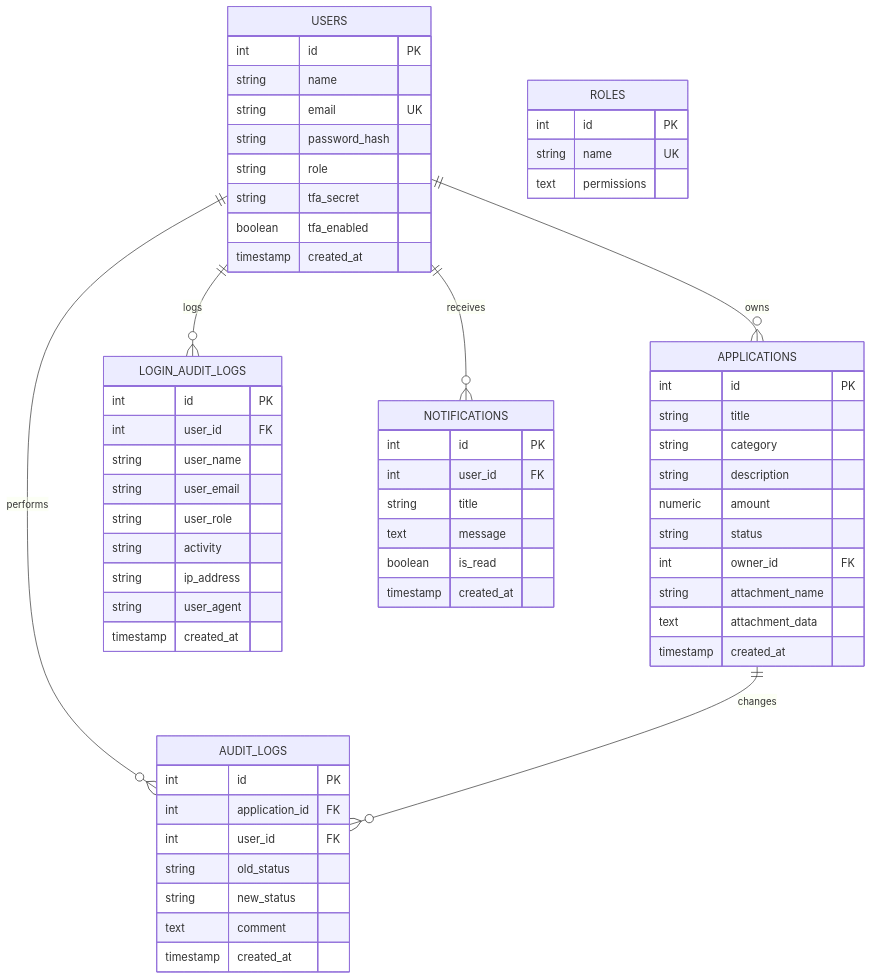
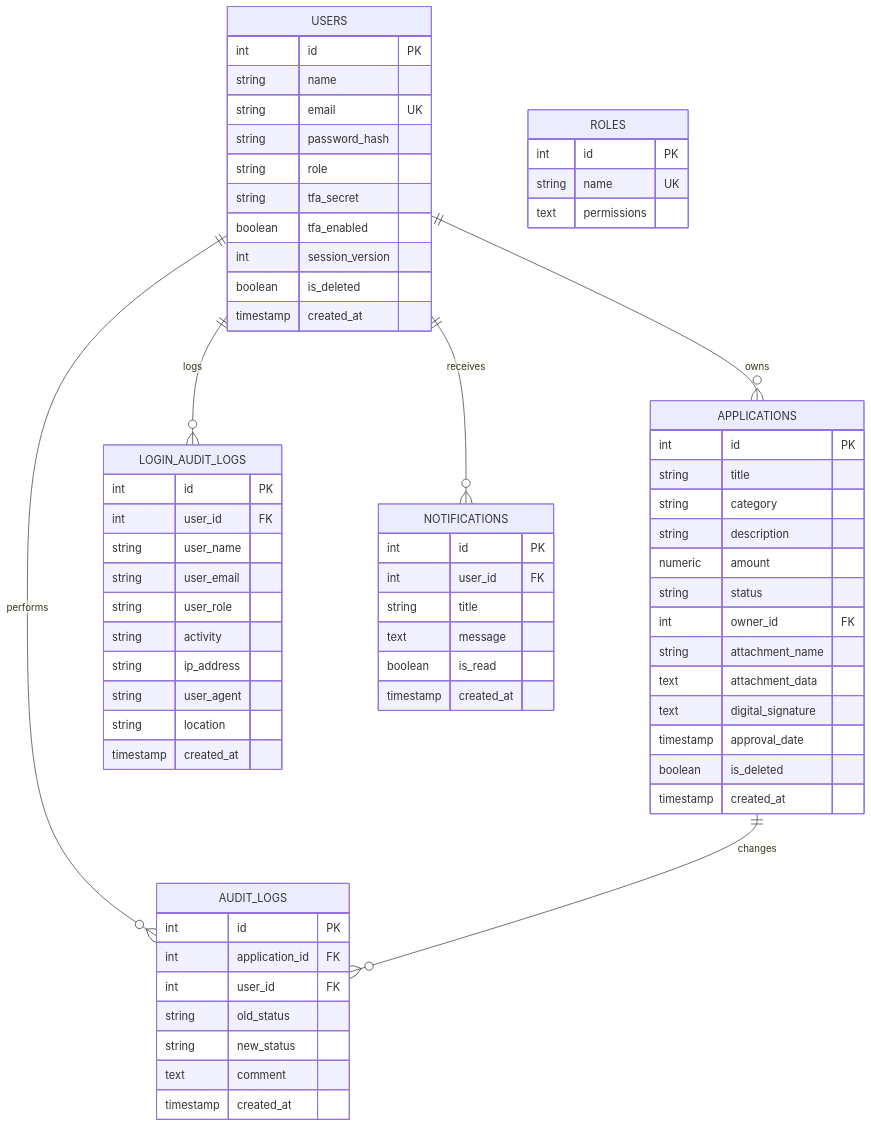
One commit to reagan-chita/Smartflow changed the diagram in README.md. Above: the diagram before and after it, drawn with Mermaid. The commit also changed other lines of this file, not shown here.

````diff
--- a/README.md
+++ b/README.md
@@ -238,64 +328,70 @@
 ```mermaid
 erDiagram
     USERS {
         int id PK
         string name
         string email UK
         string password_hash
         string role
         string tfa_secret
         boolean tfa_enabled
+        int session_version
+        boolean is_deleted
         timestamp created_at
     }
     ROLES {
         int id PK
         string name UK
         text permissions
     }
     APPLICATIONS {
         int id PK
         string title
         string category
         string description
         numeric amount
         string status
         int owner_id FK
         string attachment_name
         text attachment_data
+        text digital_signature
+        timestamp approval_date
+        boolean is_deleted
         timestamp created_at
     }
     AUDIT_LOGS {
         int id PK
         int application_id FK
         int user_id FK
         string old_status
         string new_status
         text comment
         timestamp created_at
     }
     LOGIN_AUDIT_LOGS {
         int id PK
         int user_id FK
         string user_name
         string user_email
         string user_role
         string activity
         string ip_address
         string user_agent
+        string location
         timestamp created_at
     }
     NOTIFICATIONS {
         int id PK
         int user_id FK
         string title
         text message
         boolean is_read
         timestamp created_at
     }
 
     USERS ||--o{ APPLICATIONS : owns
     USERS ||--o{ AUDIT_LOGS : performs
     USERS ||--o{ LOGIN_AUDIT_LOGS : logs
     USERS ||--o{ NOTIFICATIONS : receives
     APPLICATIONS ||--o{ AUDIT_LOGS : changes
 ```
````
